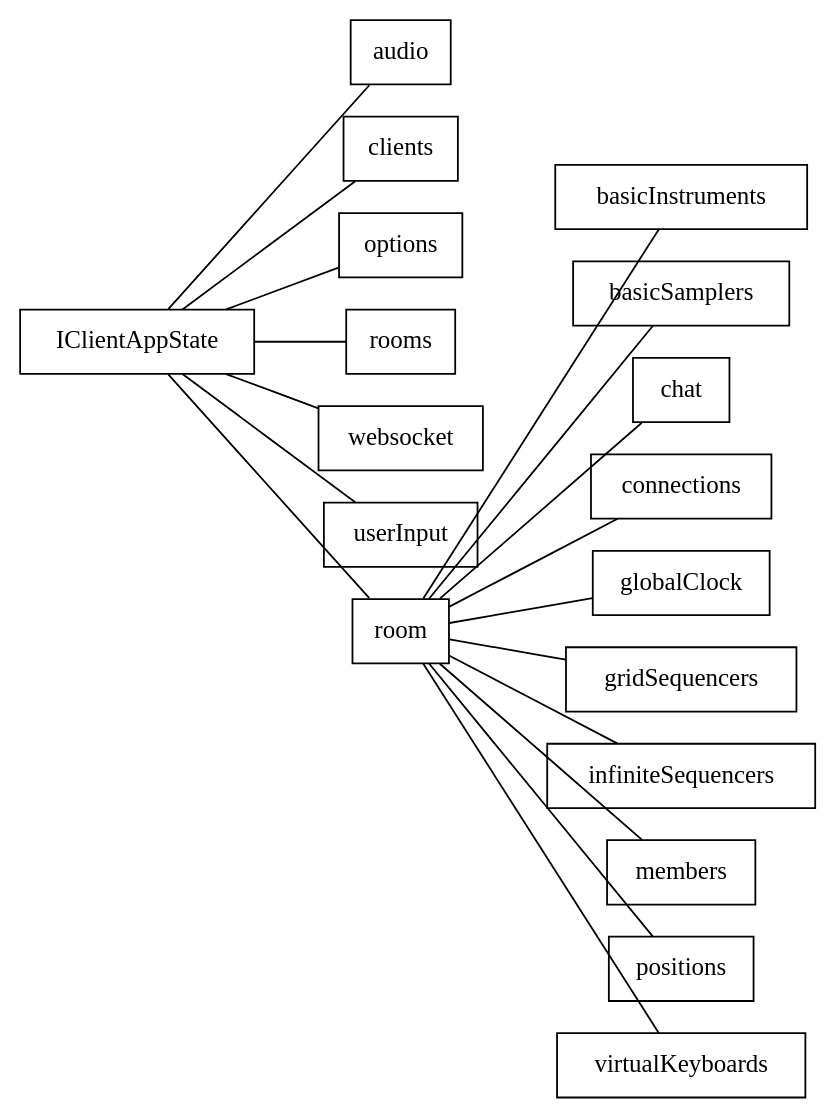
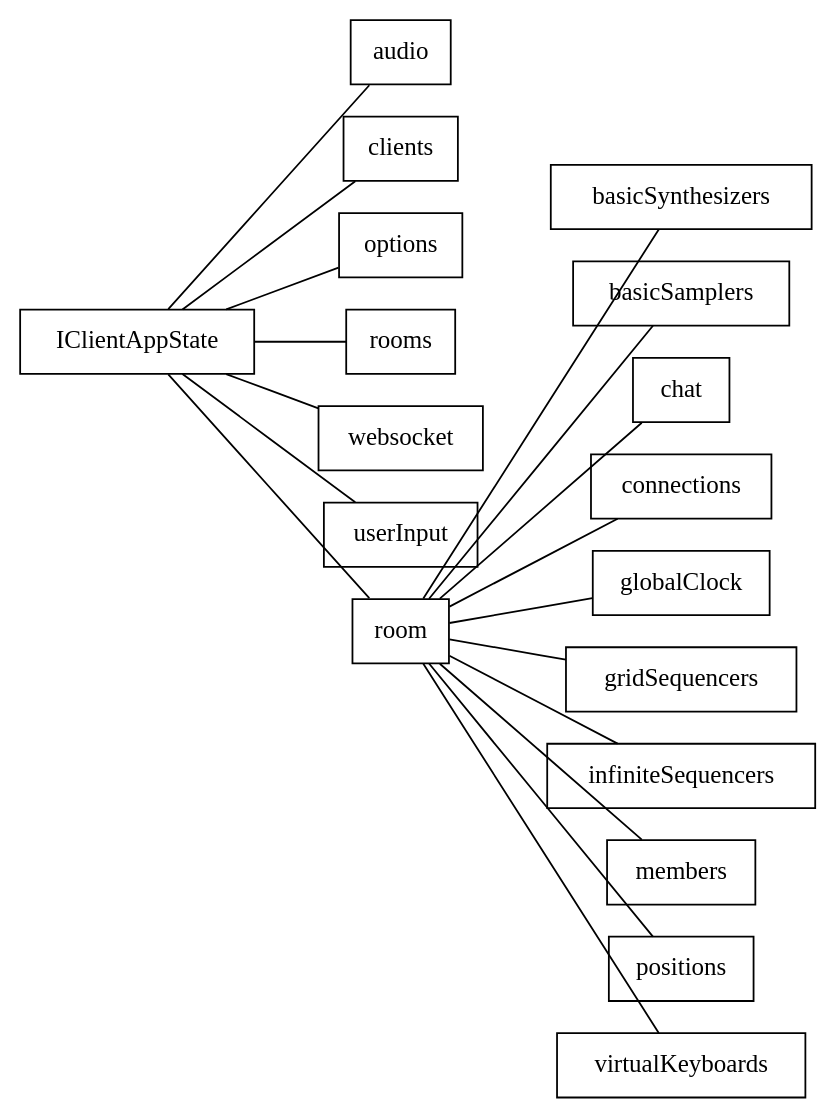
The diagram in docs/state.dot (adenflorian/corgi.fm), drawn with Graphviz before and after one commit. The commit also changed 18 other files, not shown here.

```diff
--- a/docs/state.dot
+++ b/docs/state.dot
@@ -1,28 +1,28 @@
 strict graph {
 	node [shape=box]
 
 	graph [splines=false, rankdir="LR"]
 
 	IClientAppState -- {
 		audio
 		clients
 		options
 		rooms
 		websocket
 		userInput
 		room
 	}
 
 	room -- {
-		basicInstruments
+		basicSynthesizers
 		basicSamplers
 		chat
 		connections
 		globalClock
 		gridSequencers
 		infiniteSequencers
 		members
 		positions
 		virtualKeyboards
 	}
 }
```
